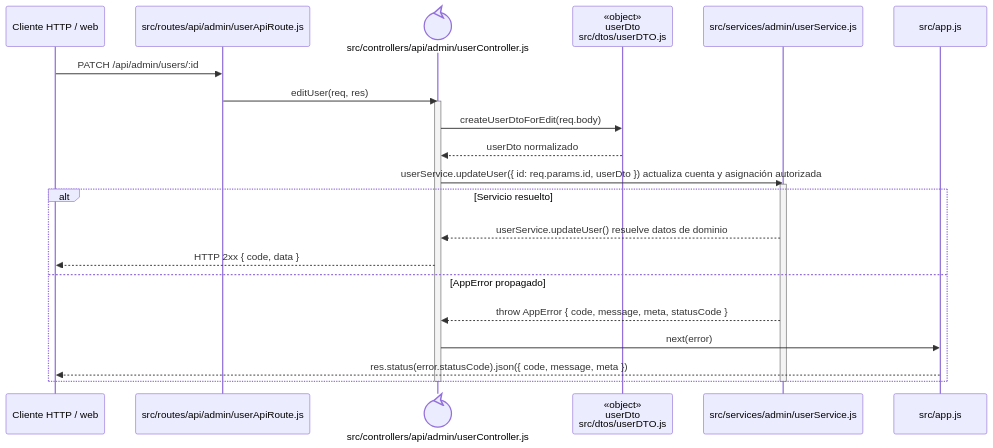
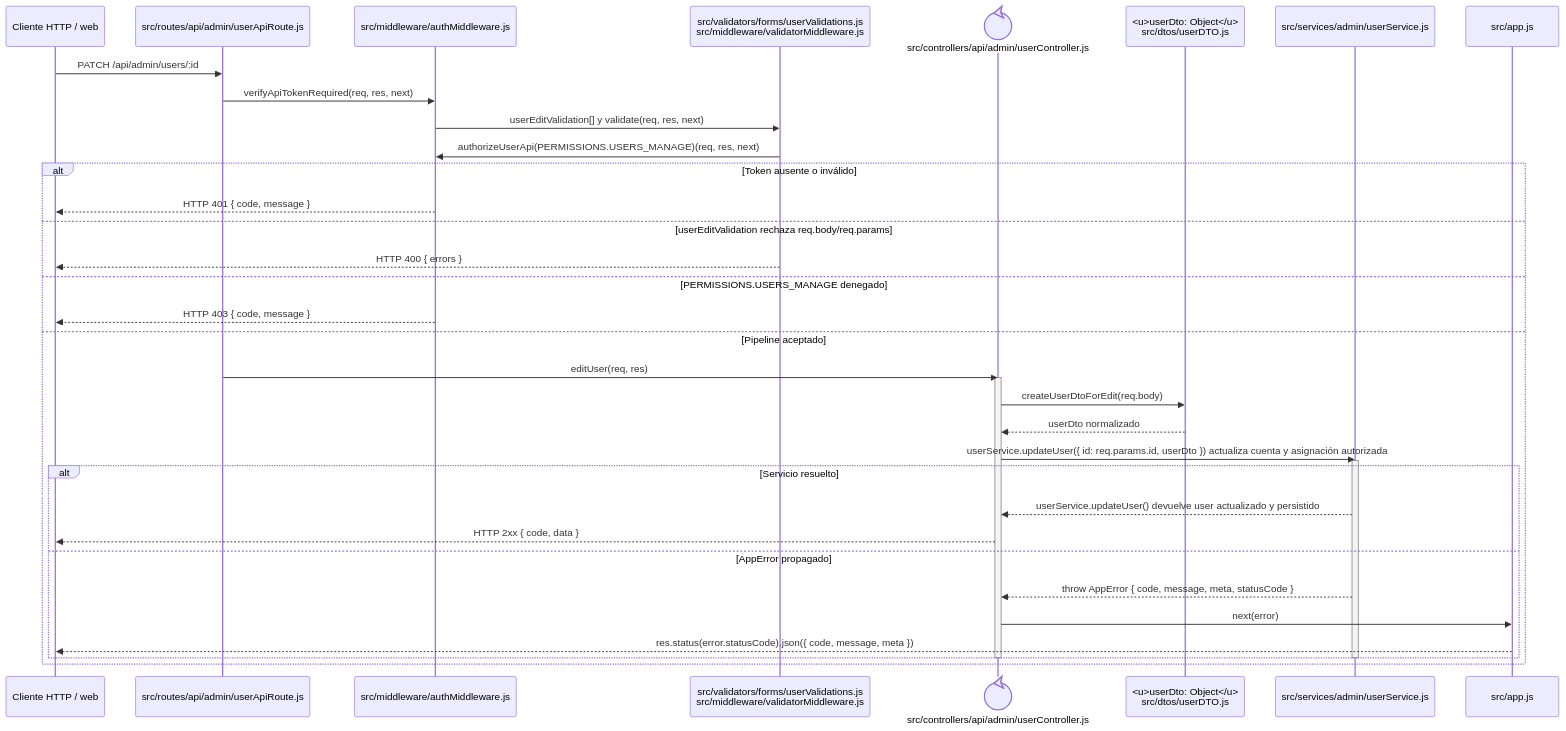
Before and after one commit to gpgsistemas01/nexus: the diagram in docs/architecture/backend-code-sequences/identity-access/cu-ida-07.md, drawn with Mermaid. The commit also changed 102 other files, not shown here.

````diff
--- a/docs/architecture/backend-code-sequences/identity-access/cu-ida-07.md
+++ b/docs/architecture/backend-code-sequences/identity-access/cu-ida-07.md
@@ -6,27 +6,40 @@
 ```mermaid
 sequenceDiagram
     participant Client as Cliente HTTP / web
     participant Route as src/routes/api/admin/userApiRoute.js
+    participant Auth as src/middleware/authMiddleware.js
+    participant Validator as src/validators/forms/userValidations.js<br/>src/middleware/validatorMiddleware.js
     participant Controller@{ "type": "control" } as src/controllers/api/admin/userController.js
-    participant UserDto as «object»<br/>userDto<br/>src/dtos/userDTO.js
+    participant UserDto as <u>userDto: Object</u><br/>src/dtos/userDTO.js
     participant Domain as src/services/admin/userService.js
     participant ErrorHandler as src/app.js
 
     Client->>Route: PATCH /api/admin/users/:id
-    Route->>Controller: editUser(req, res)
-    activate Controller
-    Controller->>UserDto: createUserDtoForEdit(req.body)
-    UserDto-->>Controller: userDto normalizado
-    Controller->>Domain: userService.updateUser({ id: req.params.id, userDto }) actualiza cuenta y asignación autorizada
-    activate Domain
-    alt Servicio resuelto
-        Domain-->>Controller: userService.updateUser() resuelve datos de dominio
-        Controller-->>Client: HTTP 2xx { code, data }
-    else AppError propagado
-        Domain-->>Controller: throw AppError { code, message, meta, statusCode }
-        Controller->>ErrorHandler: next(error)
-        ErrorHandler-->>Client: res.status(error.statusCode).json({ code, message, meta })
+    Route->>Auth: verifyApiTokenRequired(req, res, next)
+    Auth->>Validator: userEditValidation[] y validate(req, res, next)
+    Validator->>Auth: authorizeUserApi(PERMISSIONS.USERS_MANAGE)(req, res, next)
+    alt Token ausente o inválido
+        Auth-->>Client: HTTP 401 { code, message }
+    else userEditValidation rechaza req.body/req.params
+        Validator-->>Client: HTTP 400 { errors }
+    else PERMISSIONS.USERS_MANAGE denegado
+        Auth-->>Client: HTTP 403 { code, message }
+    else Pipeline aceptado
+        Route->>Controller: editUser(req, res)
+        activate Controller
+        Controller->>UserDto: createUserDtoForEdit(req.body)
+        UserDto-->>Controller: userDto normalizado
+        Controller->>Domain: userService.updateUser({ id: req.params.id, userDto }) actualiza cuenta y asignación autorizada
+        activate Domain
+        alt Servicio resuelto
+            Domain-->>Controller: userService.updateUser() devuelve user actualizado y persistido
+            Controller-->>Client: HTTP 2xx { code, data }
+        else AppError propagado
+            Domain-->>Controller: throw AppError { code, message, meta, statusCode }
+            Controller->>ErrorHandler: next(error)
+            ErrorHandler-->>Client: res.status(error.statusCode).json({ code, message, meta })
+        end
+        deactivate Domain
+        deactivate Controller
     end
-    deactivate Domain
-    deactivate Controller
 ```
````
